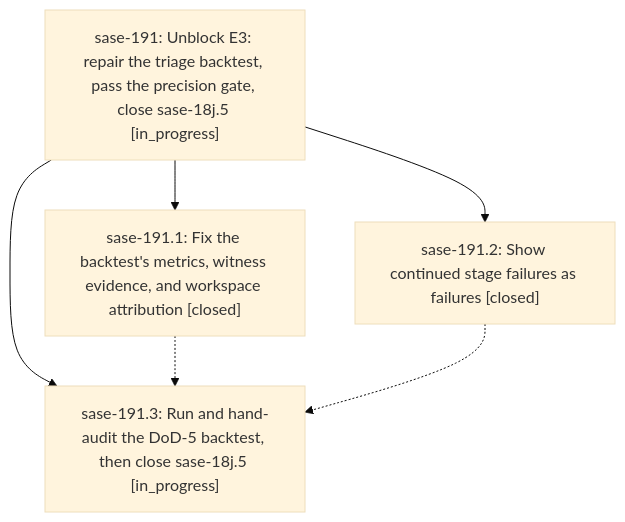
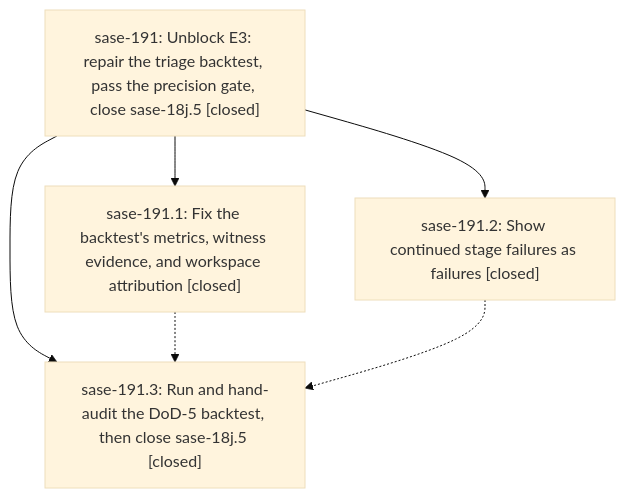
One commit to sase-org/sase--beads changed the diagram in pages/sase-191/README.md. Above: the diagram before and after it, drawn with Mermaid (base theme). The commit also changed other lines of this file and 3 other files, not shown here.

````diff
--- a/pages/sase-191/README.md
+++ b/pages/sase-191/README.md
@@ -24,12 +28,12 @@
 ```mermaid
 flowchart TD
-    n0["sase-191: Unblock E3: repair the triage backtest, pass the precision gate, close sase-18j.5 [in_progress]"]
+    n0["sase-191: Unblock E3: repair the triage backtest, pass the precision gate, close sase-18j.5 [closed]"]
     n1["sase-191.1: Fix the backtest's metrics, witness evidence, and workspace attribution [closed]"]
     n2["sase-191.2: Show continued stage failures as failures [closed]"]
-    n3["sase-191.3: Run and hand-audit the DoD-5 backtest, then close sase-18j.5 [in_progress]"]
+    n3["sase-191.3: Run and hand-audit the DoD-5 backtest, then close sase-18j.5 [closed]"]
     n0 --> n1
     n0 --> n2
     n0 --> n3
     n1 -.-> n3
     n2 -.-> n3
 ```
````
